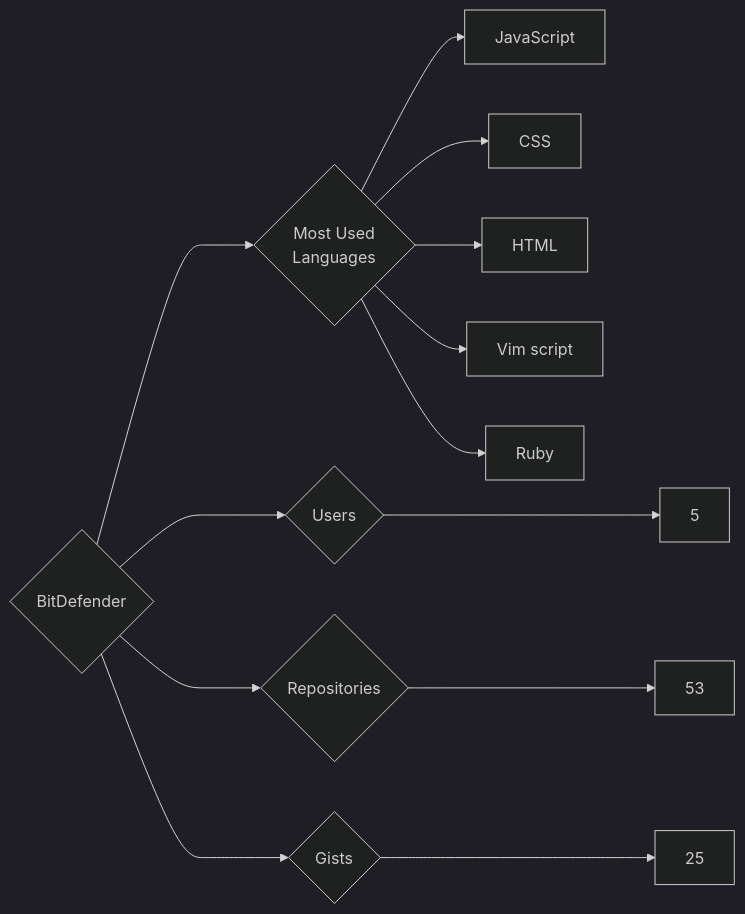
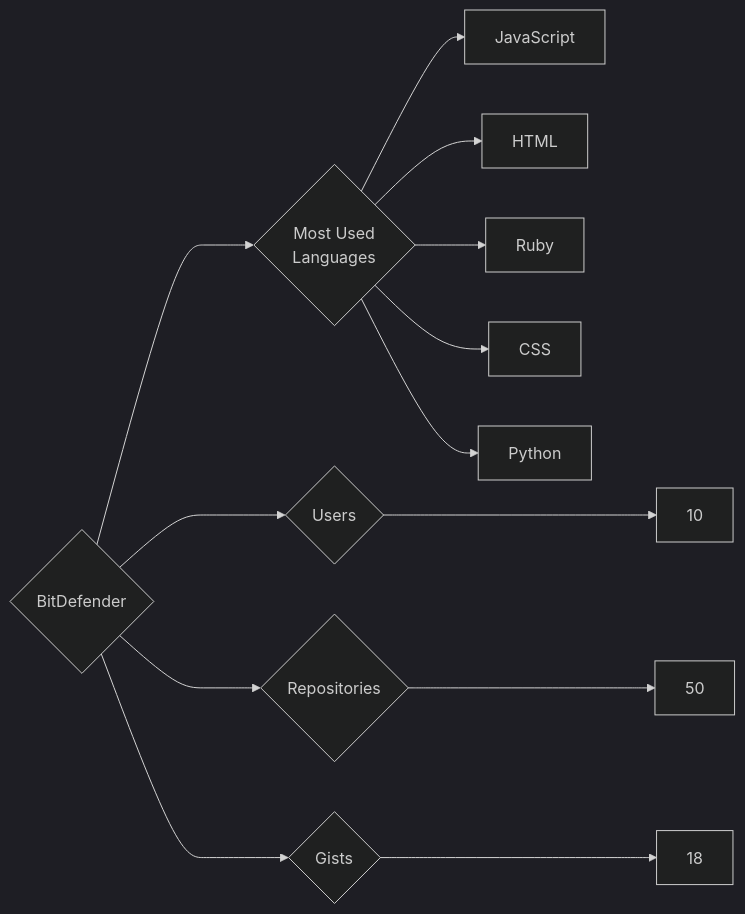
Before and after one commit to trickest/insiders: the diagram in targets/BitDefender/README.md, drawn with Mermaid (dark theme). The commit also changed 914 other files, not shown here.

````diff
--- a/targets/BitDefender/README.md
+++ b/targets/BitDefender/README.md
@@ -3,13 +3,13 @@
 ```mermaid
 graph LR
 COMPANY_NAME{BitDefender}
-COMPANY_NAME ---> U{Users} ---> UN[5]
-COMPANY_NAME ---> R{Repositories} ---> RN[53]
-COMPANY_NAME ---> G{Gists} ---> GN[25]
+COMPANY_NAME ---> U{Users} ---> UN[10]
+COMPANY_NAME ---> R{Repositories} ---> RN[50]
+COMPANY_NAME ---> G{Gists} ---> GN[18]
 COMPANY_NAME ---> ML{Most Used<br>Languages}
 ML --> JavaScript[JavaScript]
+ML --> HTML[HTML]
+ML --> Ruby[Ruby]
 ML --> CSS[CSS]
-ML --> HTML[HTML]
-ML --> Vim_script[Vim script]
-ML --> Ruby[Ruby]
+ML --> Python[Python]
 ```
````
